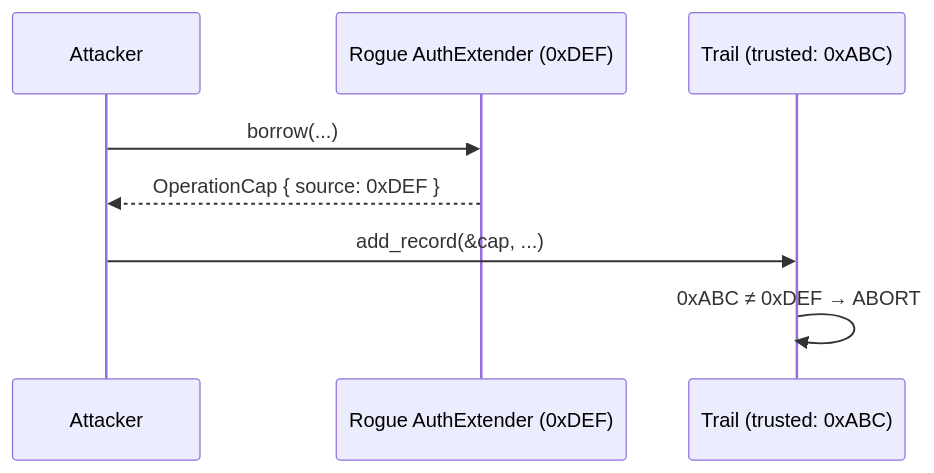
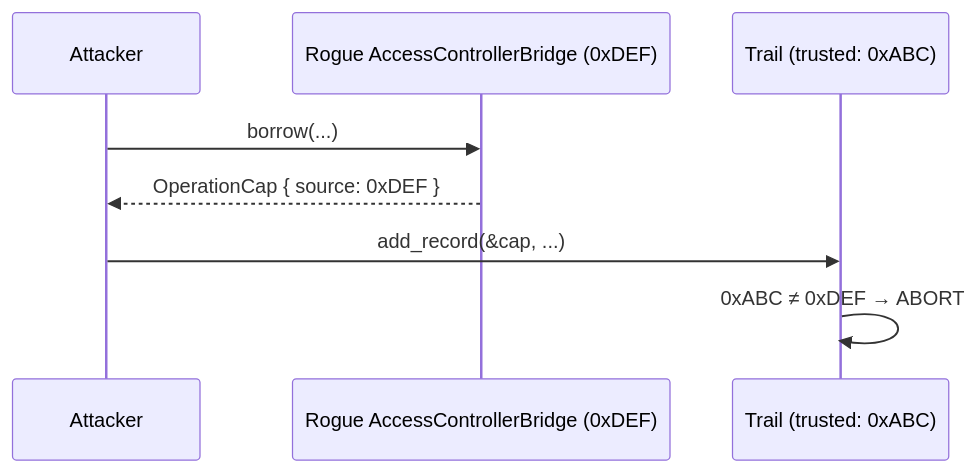
Before and after one commit to qrayven/acb: the fifth of 7 diagrams in resources/access-controller-bridge-v3.md, drawn with Mermaid. The commit also changed other lines of this file, not shown here.

````diff
--- a/resources/access-controller-bridge-v3.md
+++ b/resources/access-controller-bridge-v3.md
@@ -2430,11 +2406,11 @@
 ```mermaid
 sequenceDiagram
     participant Attacker
-    participant AE2 as Rogue AuthExtender (0xDEF)
+    participant AE2 as Rogue AccessControllerBridge (0xDEF)
     participant Trail as Trail (trusted: 0xABC)
 
     Attacker->>AE2: borrow(...)
     AE2-->>Attacker: OperationCap { source: 0xDEF }
     Attacker->>Trail: add_record(&cap, ...)
     Trail->>Trail: 0xABC ≠ 0xDEF → ABORT
 ```
````
